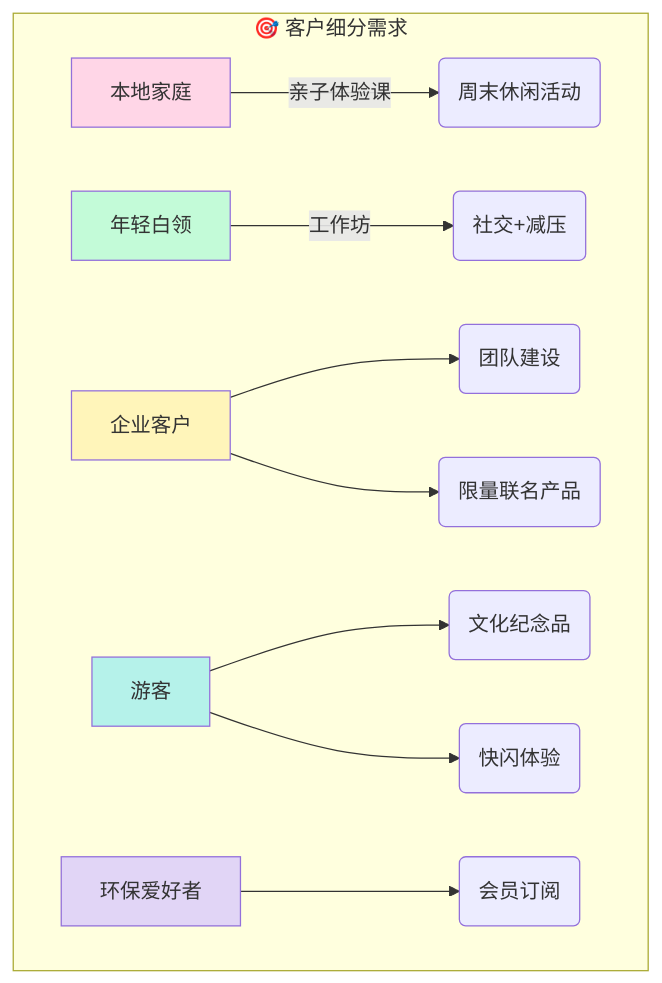
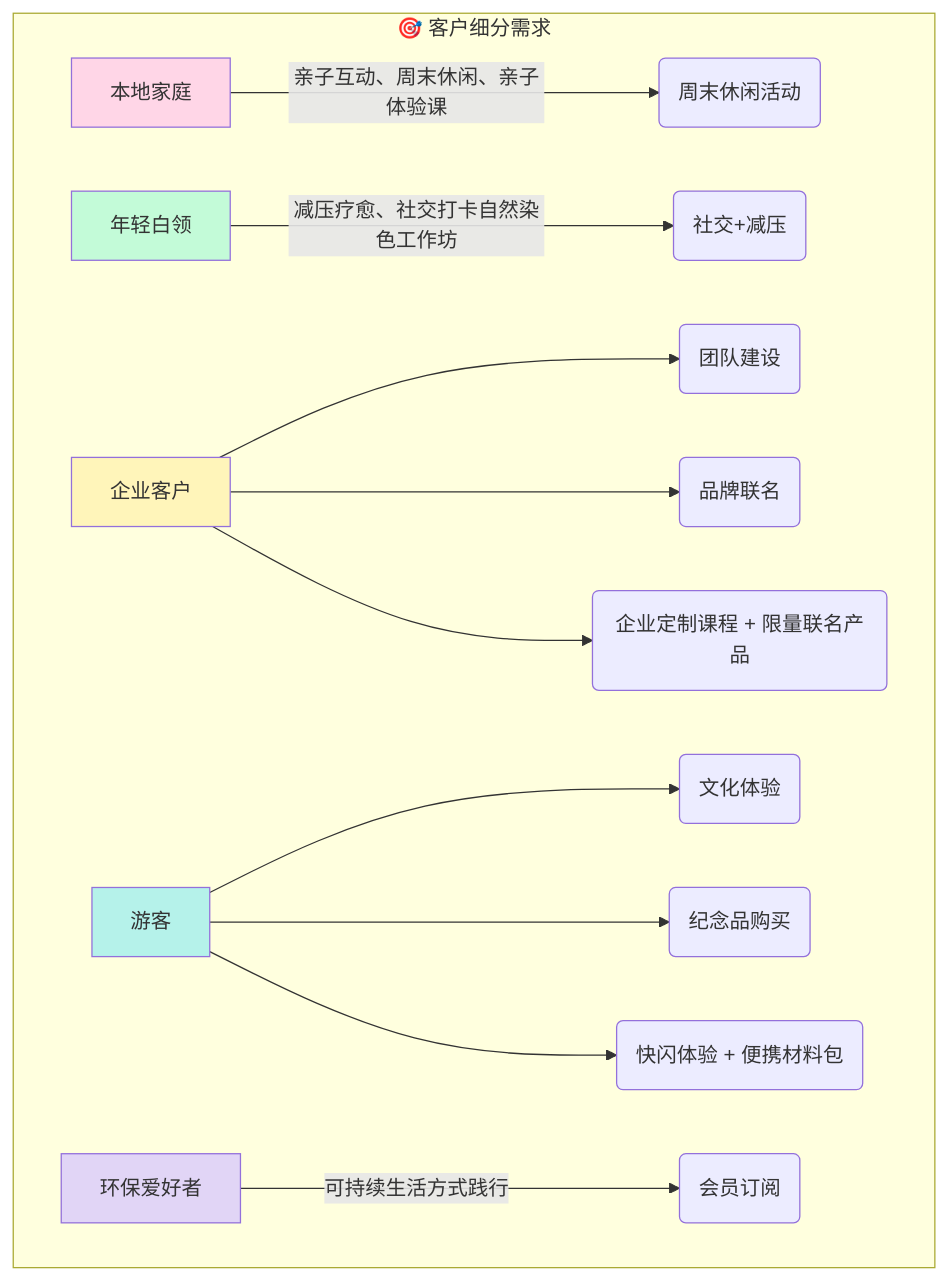
The second of 3 diagrams in README.md (NaturalRice/git-demo), drawn with Mermaid before and after one commit.

````diff
--- a/README.md
+++ b/README.md
@@ -13,17 +13,19 @@
 ```mermaid
 flowchart TD
     subgraph 客户需求["🎯 客户细分需求"]
-        A[本地家庭] -->|亲子体验课| A1("周末休闲活动")
-        B[年轻白领] -->|工作坊| B1("社交+减压")
+        A[本地家庭] -->|亲子互动、周末休闲、亲子体验课| A1("周末休闲活动")
+        B[年轻白领] -->|减压疗愈、社交打卡自然染色工作坊| B1("社交+减压")
         C[企业客户] --> C1("团队建设")
-        C --> C2("限量联名产品")
-        D[游客] --> D1("文化纪念品")
-        D --> D2("快闪体验")
-        E[环保爱好者] --> E1("会员订阅")
+        C --> C2("品牌联名")
+        C --> C3("企业定制课程 + 限量联名产品")
+        D[游客] --> D1("文化体验")
+        D --> D2("纪念品购买")
+        D --> D3("快闪体验 + 便携材料包")
+        E[环保爱好者] -->|可持续生活方式践行| E1("会员订阅")
     end
     style A fill:#FFD6E7
     style B fill:#C3FBD8
     style C fill:#FFF5BA
     style D fill:#B5F2EA
     style E fill:#E1D5F6
 ```
````
